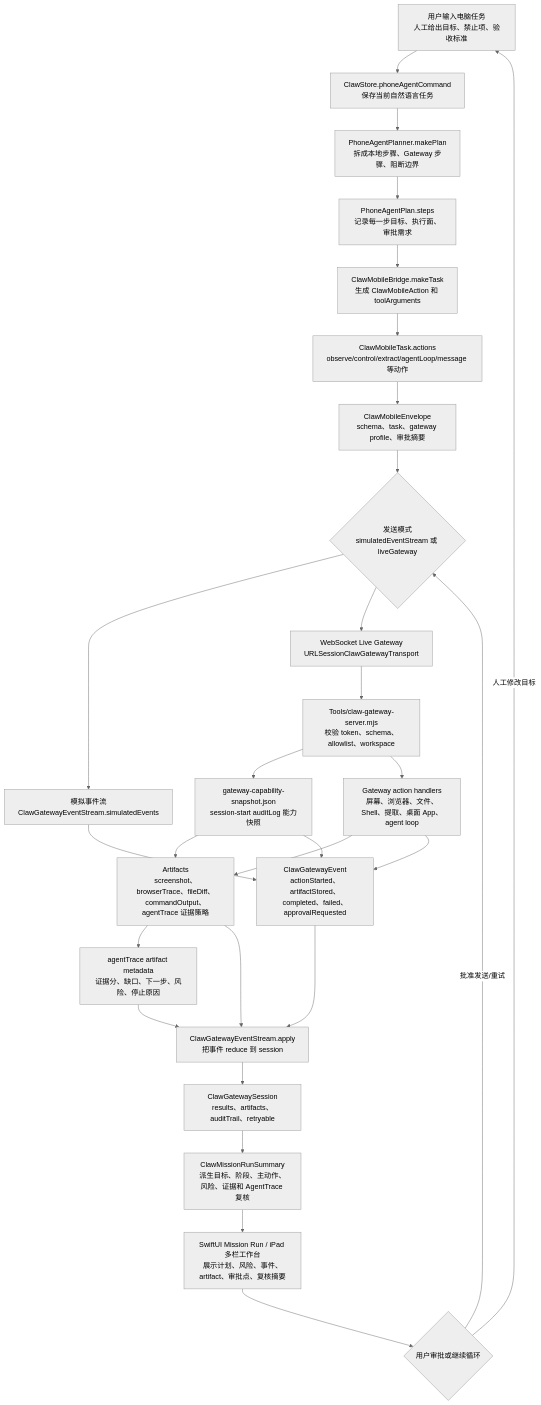
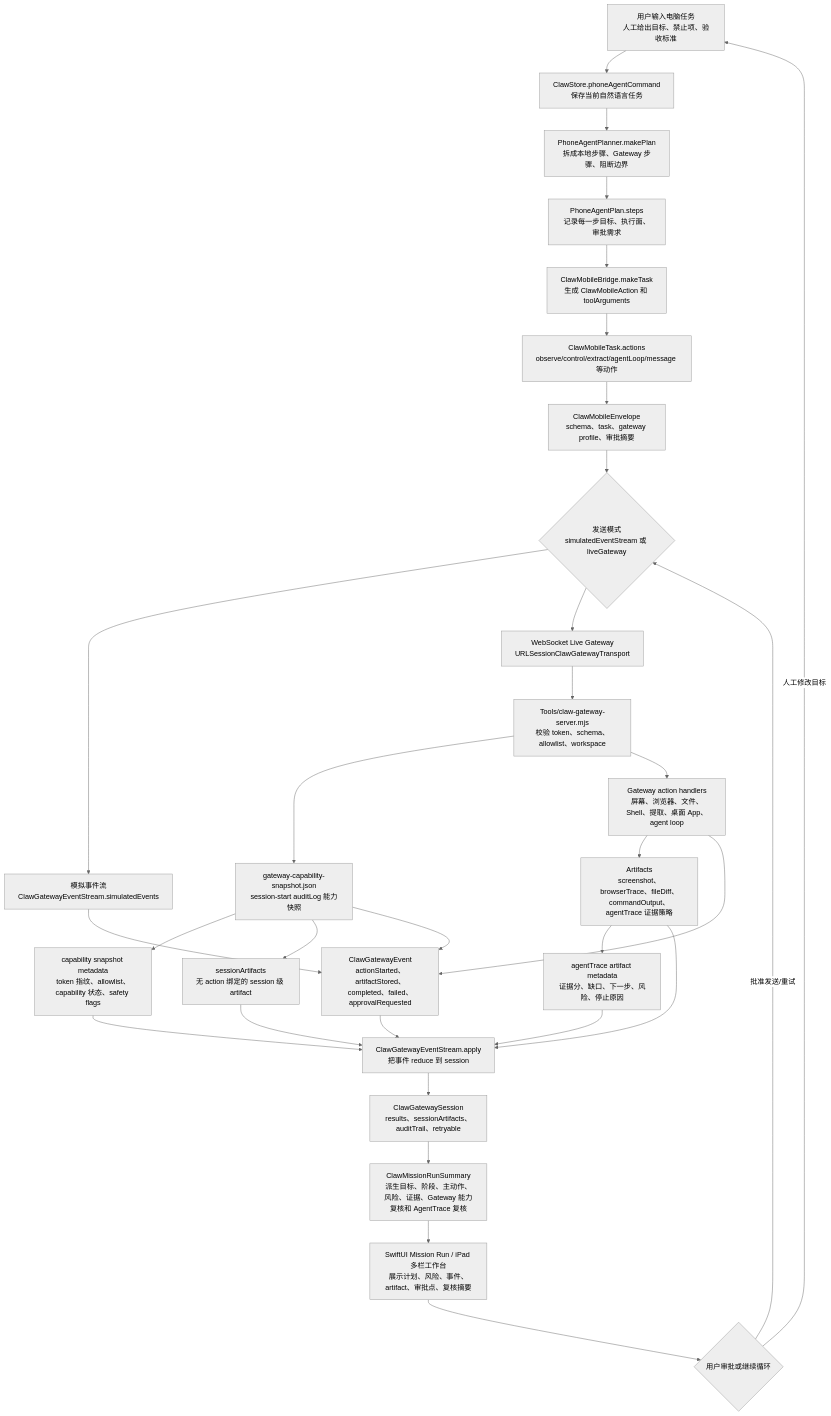
One commit to Altman-sam114/115 changed the first of 3 diagrams in md/flow/flowchart.md. Above: the diagram before and after it, drawn with Mermaid (neutral theme). The commit also changed other lines of this file and 13 other files, not shown here.

````diff
--- a/md/flow/flowchart.md
+++ b/md/flow/flowchart.md
@@ -9,30 +9,33 @@
 ```mermaid
 flowchart TD
   U["用户输入电脑任务<br/>人工给出目标、禁止项、验收标准"] --> S["ClawStore.phoneAgentCommand<br/>保存当前自然语言任务"]
   S --> P["PhoneAgentPlanner.makePlan<br/>拆成本地步骤、Gateway 步骤、阻断边界"]
   P --> T["PhoneAgentPlan.steps<br/>记录每一步目标、执行面、审批需求"]
   T --> B["ClawMobileBridge.makeTask<br/>生成 ClawMobileAction 和 toolArguments"]
   B --> A["ClawMobileTask.actions<br/>observe/control/extract/agentLoop/message 等动作"]
   A --> E["ClawMobileEnvelope<br/>schema、task、gateway profile、审批摘要"]
   E --> M{"发送模式<br/>simulatedEventStream 或 liveGateway"}
   M --> SIM["模拟事件流<br/>ClawGatewayEventStream.simulatedEvents"]
   M --> LIVE["WebSocket Live Gateway<br/>URLSessionClawGatewayTransport"]
   LIVE --> G["Tools/claw-gateway-server.mjs<br/>校验 token、schema、allowlist、workspace"]
   G --> SNAP["gateway-capability-snapshot.json<br/>session-start auditLog 能力快照"]
+  SNAP --> SMETA["capability snapshot metadata<br/>token 指纹、allowlist、capability 状态、safety flags"]
   G --> H["Gateway action handlers<br/>屏幕、浏览器、文件、Shell、提取、桌面 App、agent loop"]
   H --> ART["Artifacts<br/>screenshot、browserTrace、fileDiff、commandOutput、agentTrace 证据策略"]
-  SNAP --> ART
+  SNAP --> SART["sessionArtifacts<br/>无 action 绑定的 session 级 artifact"]
   ART --> META["agentTrace artifact metadata<br/>证据分、缺口、下一步、风险、停止原因"]
   H --> EVT["ClawGatewayEvent<br/>actionStarted、artifactStored、completed、failed、approvalRequested"]
   SNAP --> EVT
   SIM --> EVT
   EVT --> R["ClawGatewayEventStream.apply<br/>把事件 reduce 到 session"]
   ART --> R
+  SART --> R
+  SMETA --> R
   META --> R
-  R --> SES["ClawGatewaySession<br/>results、artifacts、auditTrail、retryable"]
-  SES --> RUN["ClawMissionRunSummary<br/>派生目标、阶段、主动作、风险、证据和 AgentTrace 复核"]
+  R --> SES["ClawGatewaySession<br/>results、sessionArtifacts、auditTrail、retryable"]
+  SES --> RUN["ClawMissionRunSummary<br/>派生目标、阶段、主动作、风险、证据、Gateway 能力复核和 AgentTrace 复核"]
   RUN --> UI["SwiftUI Mission Run / iPad 多栏工作台<br/>展示计划、风险、事件、artifact、审批点、复核摘要"]
   UI --> LOOP{"用户审批或继续循环"}
   LOOP -->|"批准发送/重试"| M
   LOOP -->|"人工修改目标"| U
 ```
````
